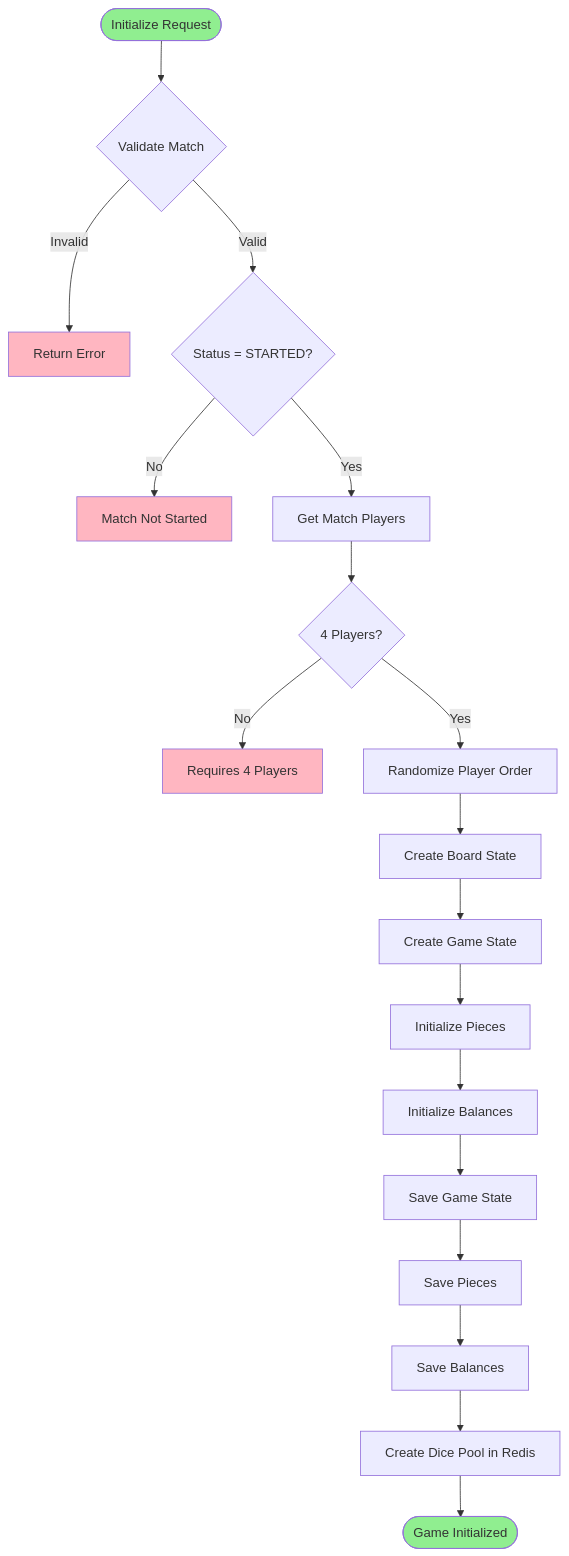
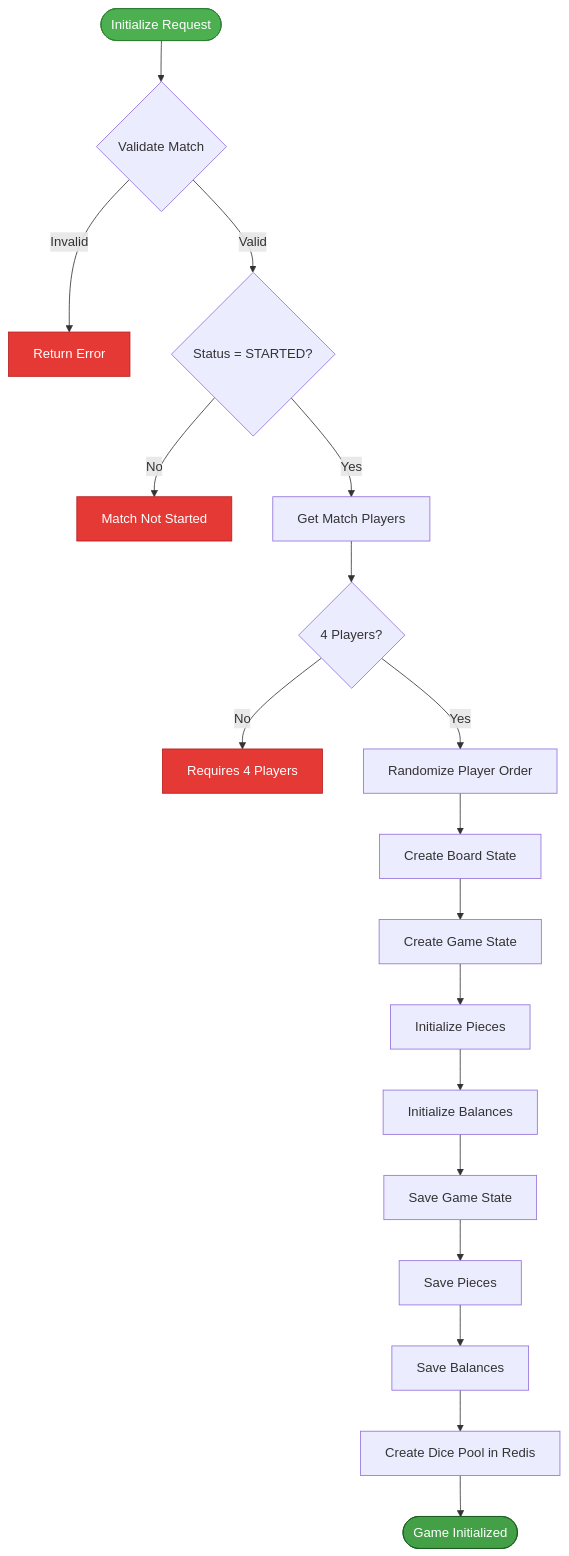
One commit to huanchainrgp/ludo-docs changed the second of 17 diagrams in gameplay-diagram.md. Above: the diagram before and after it, drawn with Mermaid. The commit also changed other lines of this file and 1 other file, not shown here.

````diff
--- a/gameplay-diagram.md
+++ b/gameplay-diagram.md
@@ -80,30 +80,30 @@
 ```mermaid
 flowchart TD
     Start([Initialize Request]) --> ValidateMatch{Validate Match}
     ValidateMatch -->|Invalid| Error1[Return Error]
     ValidateMatch -->|Valid| CheckStatus{Status = STARTED?}
     CheckStatus -->|No| Error2[Match Not Started]
     CheckStatus -->|Yes| GetPlayers[Get Match Players]
     
     GetPlayers --> CheckCount{4 Players?}
     CheckCount -->|No| Error3[Requires 4 Players]
     CheckCount -->|Yes| ShufflePlayers[Randomize Player Order]
     
     ShufflePlayers --> CreateBoard[Create Board State]
     CreateBoard --> InitGameState[Create Game State]
     InitGameState --> InitPieces[Initialize Pieces]
     InitPieces --> InitBalances[Initialize Balances]
     
     InitBalances --> SaveGameState[Save Game State]
     SaveGameState --> SavePieces[Save Pieces]
     SavePieces --> SaveBalances[Save Balances]
     
     SaveBalances --> CreateDicePool[Create Dice Pool in Redis]
     CreateDicePool --> Success([Game Initialized])
     
-    style Start fill:#90EE90
-    style Success fill:#90EE90
-    style Error1 fill:#FFB6C1
-    style Error2 fill:#FFB6C1
-    style Error3 fill:#FFB6C1
+    style Start fill:#4CAF50,stroke:#2E7D32,color:#FFFFFF
+    style Success fill:#43A047,stroke:#1B5E20,color:#FFFFFF
+    style Error1 fill:#E53935,stroke:#B71C1C,color:#FFFFFF
+    style Error2 fill:#E53935,stroke:#B71C1C,color:#FFFFFF
+    style Error3 fill:#E53935,stroke:#B71C1C,color:#FFFFFF
 ```
````
